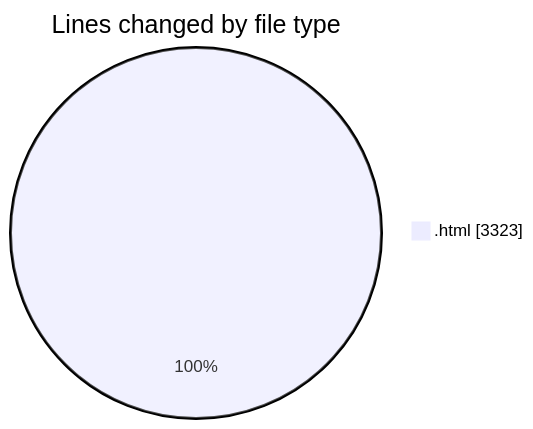
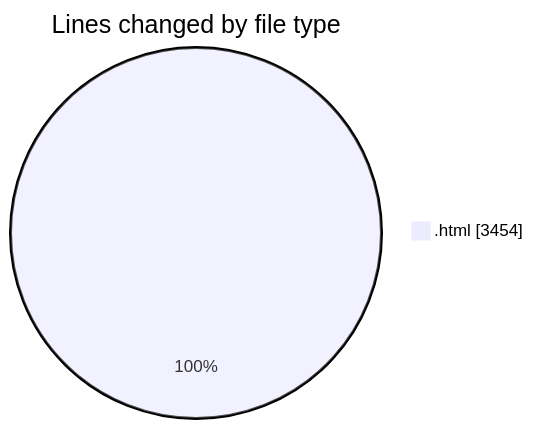
The first of 2 diagrams in 2025-08-10/nxtqube_webapp/README.md (nxtqubesakshisongat/code-tracking), drawn with Mermaid before and after one commit. The commit also changed other lines of this file and 1 other file, not shown here.

````diff
--- a/2025-08-10/nxtqube_webapp/README.md
+++ b/2025-08-10/nxtqube_webapp/README.md
@@ -21,5 +21,5 @@
 ```mermaid
 pie showData
 title Lines changed by file type
-".html" : 3323
+".html" : 3454
 ```
````
